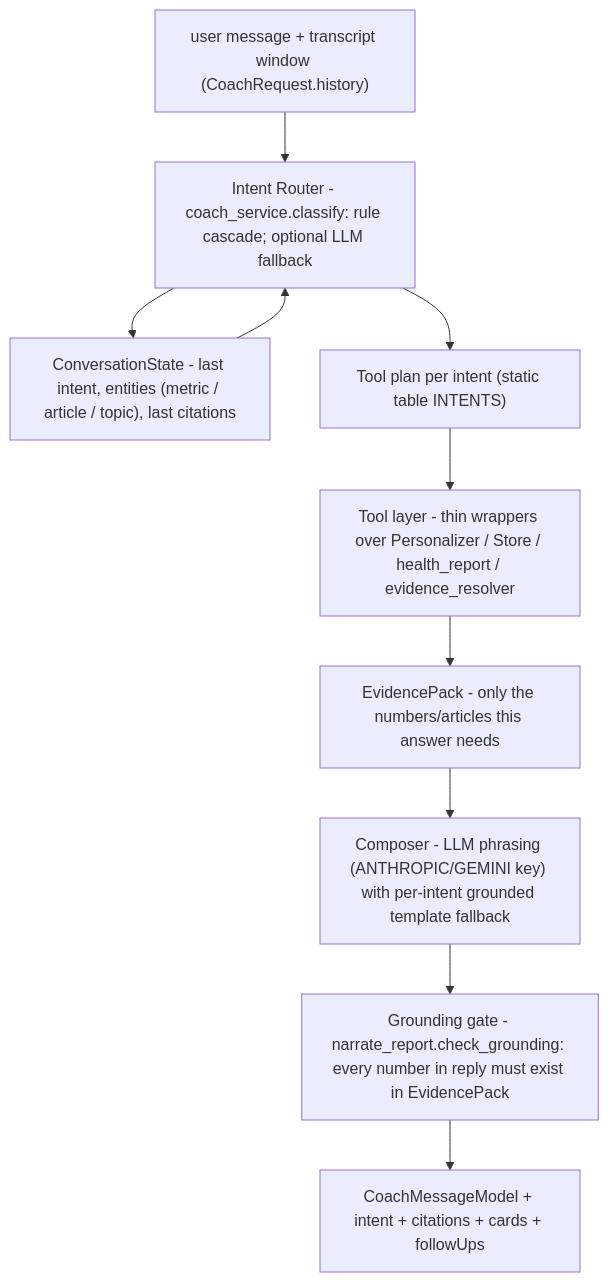
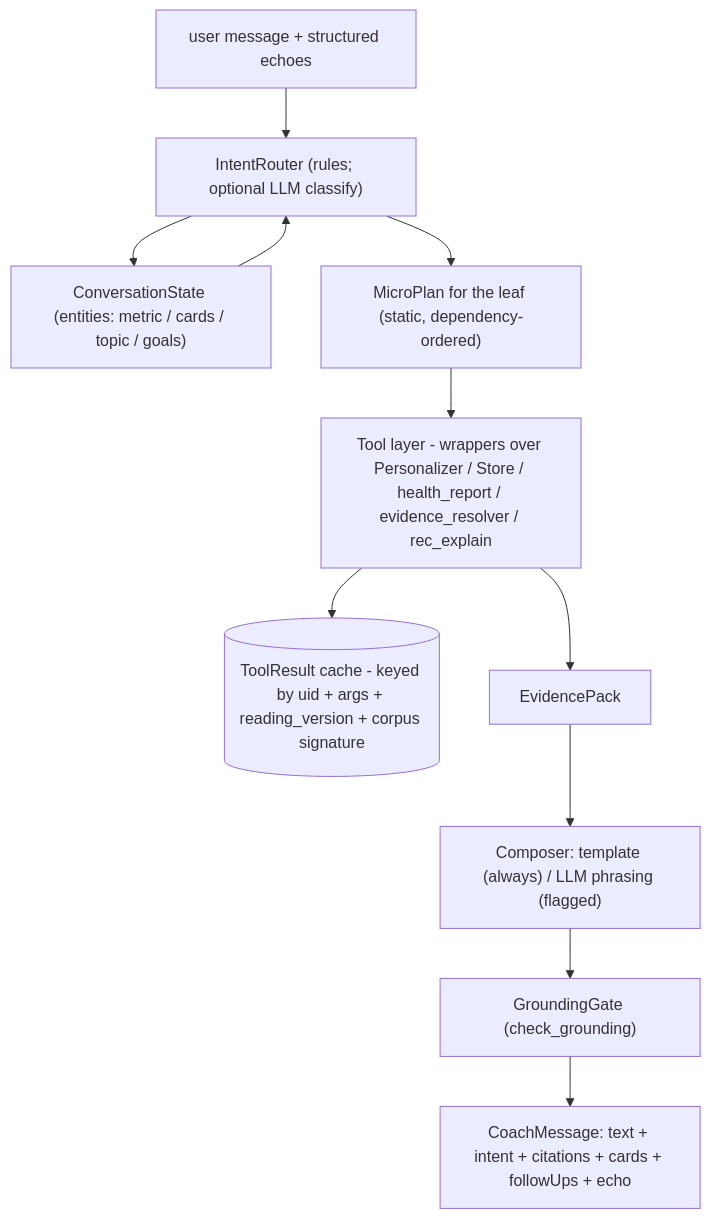
Before and after one commit to greenwichg/random_walks_with_erasure: the first of 4 diagrams in docs/COACH_REDESIGN.md, drawn with Mermaid. The commit also changed other lines of this file, not shown here.

First line of the commit message:
Coach v2 design: architecture review — hierarchical intents, typed tools, plans-as-data

````diff
--- a/docs/COACH_REDESIGN.md
+++ b/docs/COACH_REDESIGN.md
@@ -23,12 +56,13 @@
 ```mermaid
 flowchart TD
-    M["user message + transcript window (CoachRequest.history)"] --> IR["Intent Router - coach_service.classify: rule cascade; optional LLM fallback"]
-    IR --> CS["ConversationState - last intent, entities (metric / article / topic), last citations"]
-    CS --> IR
-    IR --> TP["Tool plan per intent (static table INTENTS)"]
-    TP --> TL["Tool layer - thin wrappers over Personalizer / Store / health_report / evidence_resolver"]
-    TL --> EP["EvidencePack - only the numbers/articles this answer needs"]
-    EP --> CO["Composer - LLM phrasing (ANTHROPIC/GEMINI key) with per-intent grounded template fallback"]
-    CO --> GG["Grounding gate - narrate_report.check_grounding: every number in reply must exist in EvidencePack"]
-    GG --> R["CoachMessageModel + intent + citations + cards + followUps"]
+    Q["user message + structured echoes"] --> RT["IntentRouter (rules; optional LLM classify)"]
+    RT --> ST["ConversationState (entities: metric / cards / topic / goals)"]
+    ST --> RT
+    RT --> PL["MicroPlan for the leaf (static, dependency-ordered)"]
+    PL --> TL["Tool layer - wrappers over Personalizer / Store / health_report / evidence_resolver / rec_explain"]
+    TL --> CA[("ToolResult cache - keyed by uid + args + reading_version + corpus signature")]
+    TL --> EP["EvidencePack"]
+    EP --> CO["Composer: template (always) / LLM phrasing (flagged)"]
+    CO --> GG["GroundingGate (check_grounding)"]
+    GG --> OUT["CoachMessage: text + intent + citations + cards + followUps + echo"]
 ```
````
